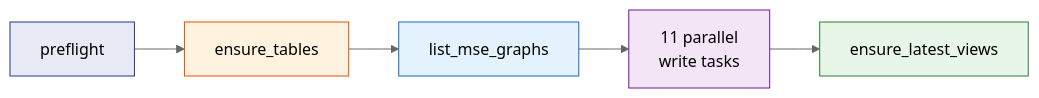
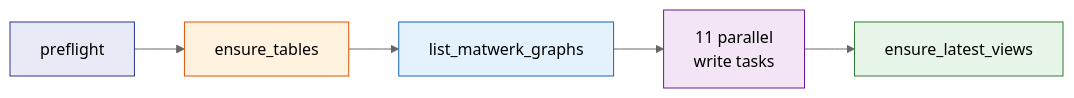
Before and after one commit to ISE-FIZKarlsruhe/matwerk: the second of 2 diagrams in docs/pipeline/dashboard.md, drawn with Mermaid (neutral theme). The commit also changed other lines of this file and 94 other files, not shown here.

Commit message:
matwerk kg instead of mse kg

````diff
--- a/docs/pipeline/dashboard.md
+++ b/docs/pipeline/dashboard.md
@@ -32,13 +32,13 @@
 ```mermaid
 graph LR
     A["preflight"] --> B["ensure_tables"]
-    B --> C["list_mse_graphs"]
+    B --> C["list_matwerk_graphs"]
     C --> D["11 parallel<br/>write tasks"]
     D --> E["ensure_latest_views"]
 
     style A fill:#e8eaf6,stroke:#283593
     style B fill:#fff3e0,stroke:#e65100
     style C fill:#e3f2fd,stroke:#1565c0
     style D fill:#f3e5f5,stroke:#6a1b9a
     style E fill:#e8f5e9,stroke:#2e7d32
 ```
````
